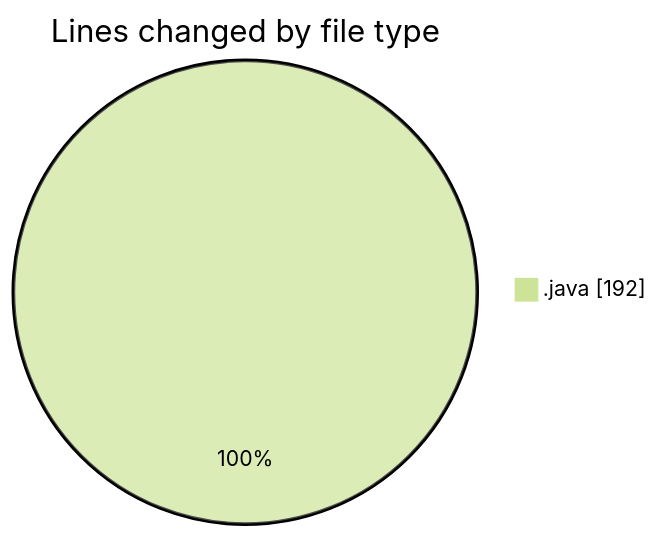
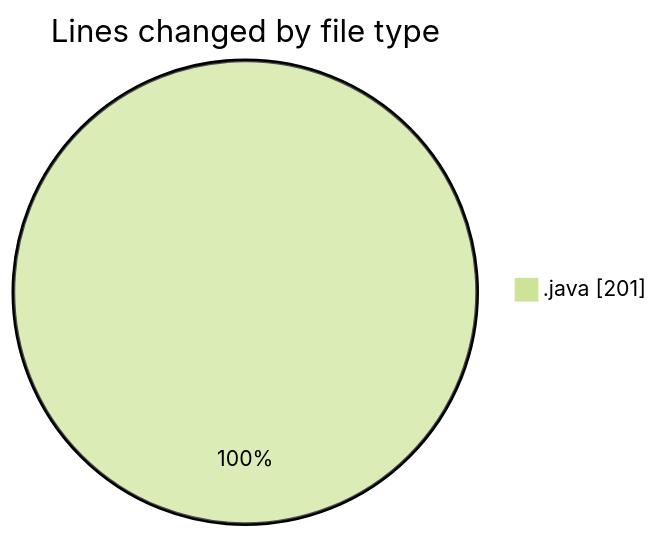
One commit to ricardozamudiocil/code-tracking changed the first of 2 diagrams in 2026-04-30/cilapp/README.md. Above: the diagram before and after it, drawn with Mermaid (forest theme). The commit also changed other lines of this file and 1 other file, not shown here.

````diff
--- a/2026-04-30/cilapp/README.md
+++ b/2026-04-30/cilapp/README.md
@@ -22,5 +22,5 @@
 ```mermaid
 pie showData
 title Lines changed by file type
-".java" : 192
+".java" : 201
 ```
````
